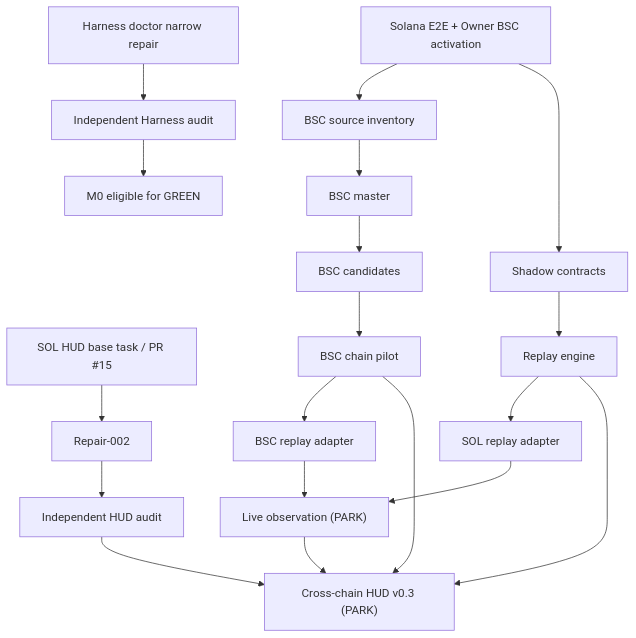
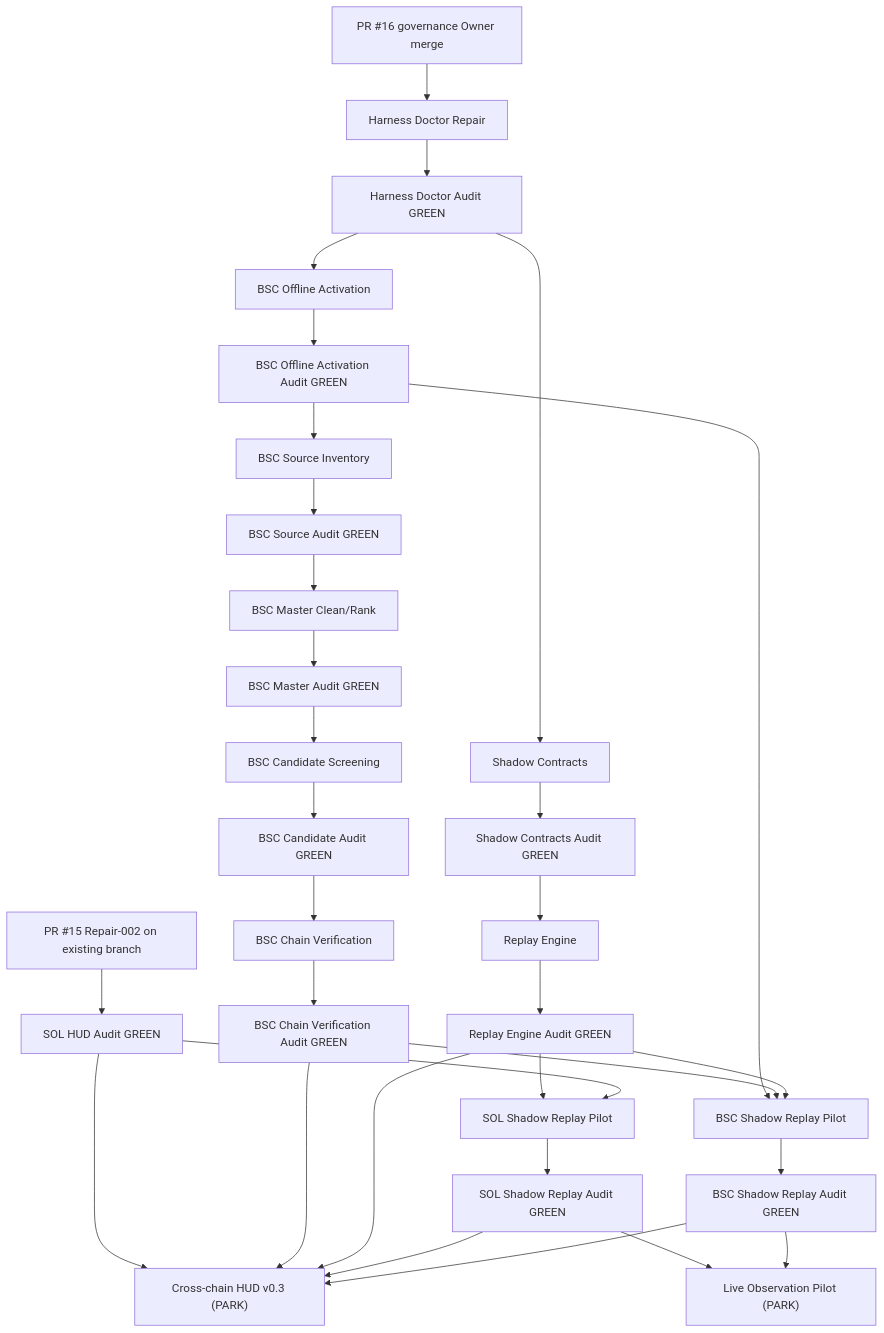
One commit to Yszdhhh/memecoin-ca-data-layer changed the diagram in docs/programs/crosschain-wallet-intelligence-and-shadow-trading-v0-1.md. Above: the diagram before and after it, drawn with Mermaid. The commit also changed other lines of this file and 62 other files, not shown here.

Commit message:
chore: repair crosschain program task graph

````diff
--- a/docs/programs/crosschain-wallet-intelligence-and-shadow-trading-v0-1.md
+++ b/docs/programs/crosschain-wallet-intelligence-and-shadow-trading-v0-1.md
@@ -17,15 +16,37 @@
 ```mermaid
 graph TD
-  D["Harness doctor narrow repair"] --> DA["Independent Harness audit"]
-  DA --> M0["M0 eligible for GREEN"]
-  H["SOL HUD base task / PR #15"] --> R["Repair-002"] --> A["Independent HUD audit"]
-  S["Solana E2E + Owner BSC activation"] --> I["BSC source inventory"] --> M["BSC master"] --> C["BSC candidates"] --> V["BSC chain pilot"]
-  S --> K["Shadow contracts"] --> E["Replay engine"] --> SA["SOL replay adapter"]
-  V --> BA["BSC replay adapter"]
-  SA --> L["Live observation (PARK)"]
-  BA --> L
-  A --> X["Cross-chain HUD v0.3 (PARK)"]
-  V --> X
-  E --> X
-  L --> X
+  G["PR #16 governance Owner merge"] --> D["Harness Doctor Repair"]
+  D --> DA["Harness Doctor Audit GREEN"]
+  DA --> SC["Shadow Contracts"]
+  SC --> SCA["Shadow Contracts Audit GREEN"]
+  SCA --> RE["Replay Engine"]
+  RE --> REA["Replay Engine Audit GREEN"]
+
+  H["PR #15 Repair-002 on existing branch"] --> HA["SOL HUD Audit GREEN"]
+  REA --> SP["SOL Shadow Replay Pilot"]
+  HA --> SP
+  SP --> SPA["SOL Shadow Replay Audit GREEN"]
+
+  DA --> BA["BSC Offline Activation"]
+  BA --> BAA["BSC Offline Activation Audit GREEN"]
+  BAA --> BS["BSC Source Inventory"]
+  BS --> BSA["BSC Source Audit GREEN"]
+  BSA --> BM["BSC Master Clean/Rank"]
+  BM --> BMA["BSC Master Audit GREEN"]
+  BMA --> BC["BSC Candidate Screening"]
+  BC --> BCA["BSC Candidate Audit GREEN"]
+  BCA --> BV["BSC Chain Verification"]
+  BV --> BVA["BSC Chain Verification Audit GREEN"]
+  BAA --> BP["BSC Shadow Replay Pilot"]
+  BVA --> BP
+  REA --> BP
+  BP --> BPA["BSC Shadow Replay Audit GREEN"]
+
+  HA --> HUD["Cross-chain HUD v0.3 (PARK)"]
+  BVA --> HUD
+  REA --> HUD
+  SPA --> HUD
+  BPA --> HUD
+  SPA --> LIVE["Live Observation Pilot (PARK)"]
+  BPA --> LIVE
 ```
````
